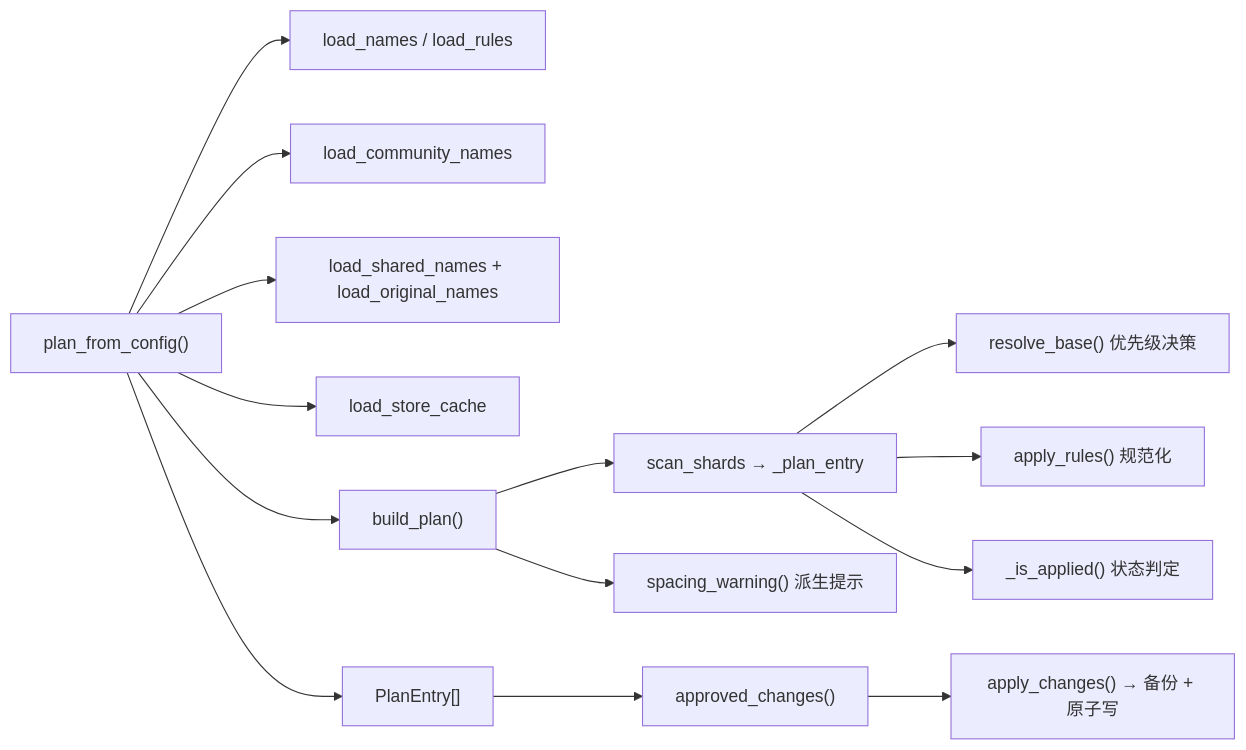
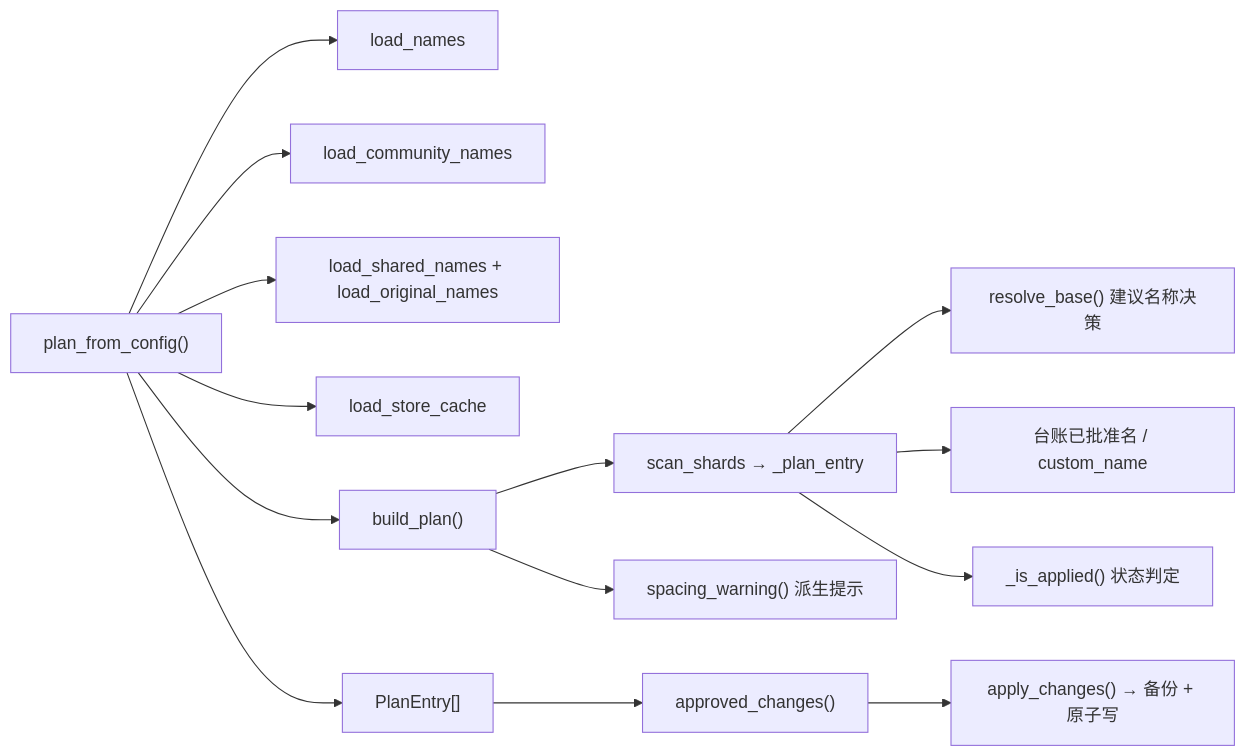
One commit to yguangjie365/SteamGameRename changed the second of 5 diagrams in docs/开发者说明.md. Above: the diagram before and after it, drawn with Mermaid. The commit also changed other lines of this file and 18 other files, not shown here.

````diff
--- a/docs/开发者说明.md
+++ b/docs/开发者说明.md
@@ -199,16 +196,16 @@
 ```mermaid
 flowchart LR
-    A["plan_from_config()"] --> B["load_names / load_rules"]
+    A["plan_from_config()"] --> B["load_names"]
     A --> C["load_community_names"]
     A --> D["load_shared_names + load_original_names"]
     A --> E["load_store_cache"]
     A --> F["build_plan()"]
     F --> G["scan_shards → _plan_entry"]
-    G --> H["resolve_base() 优先级决策"]
-    G --> I["apply_rules() 规范化"]
+    G --> H["resolve_base() 建议名称决策"]
+    G --> I["台账已批准名 / custom_name"]
     G --> J["_is_applied() 状态判定"]
     F --> K["spacing_warning() 派生提示"]
     A --> L["PlanEntry[]"]
     L --> M["approved_changes()"]
     M --> N["apply_changes() → 备份 + 原子写"]
 ```
````
